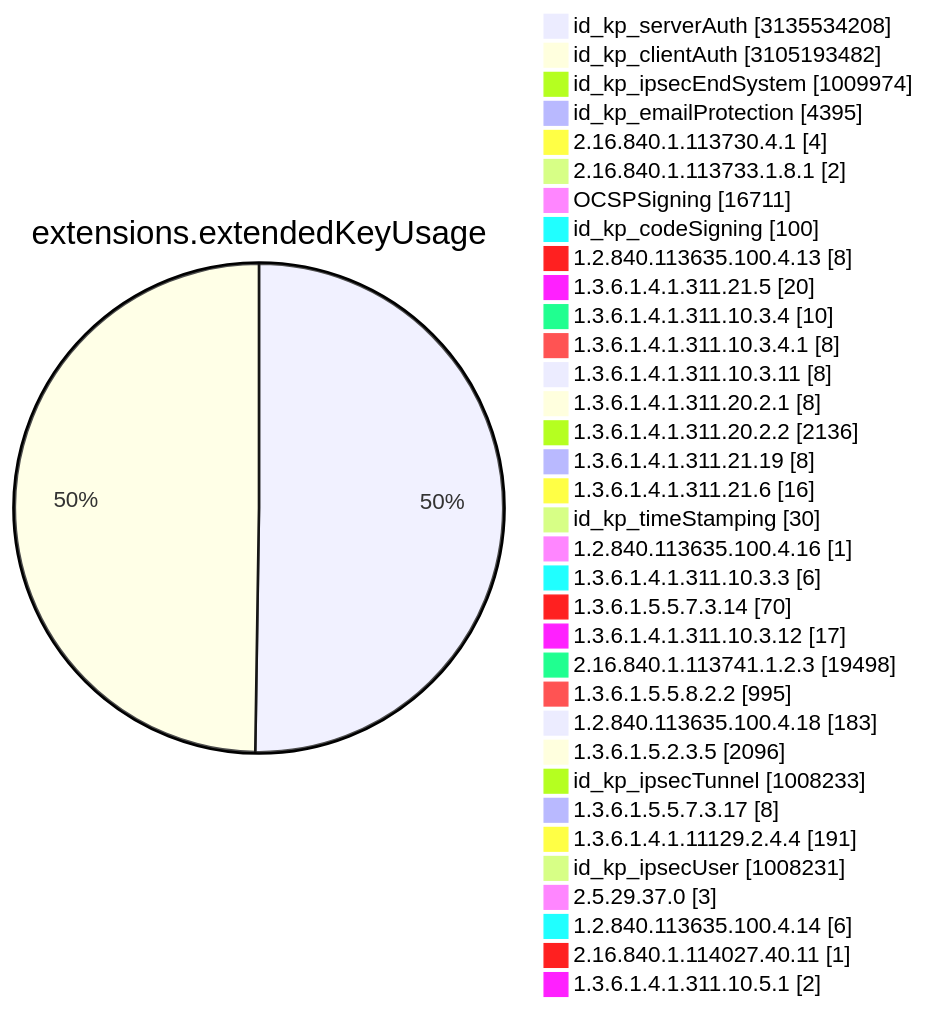
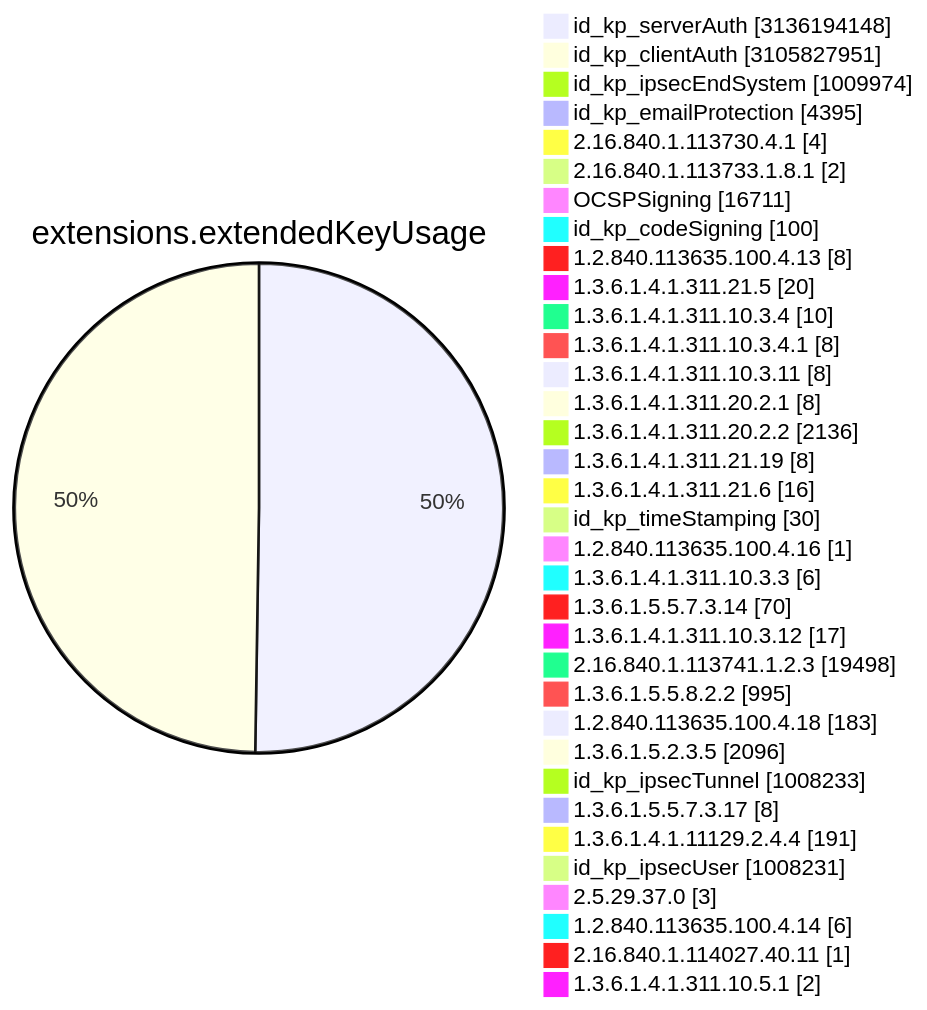
One commit to christiankrug/ctmonitor_visualization changed diagram 11 of 15 in TOTAL/README.md. Above: the diagram before and after it, drawn with Mermaid. The commit also changed other lines of this file, not shown here.

````diff
--- a/TOTAL/README.md
+++ b/TOTAL/README.md
@@ -4119,38 +4119,38 @@
 ```mermaid
 pie showData
 title extensions.extendedKeyUsage
-"id_kp_serverAuth" :3135534208
-"id_kp_clientAuth" :3105193482
+"id_kp_serverAuth" :3136194148
+"id_kp_clientAuth" :3105827951
 "id_kp_ipsecEndSystem" :1009974
 "id_kp_emailProtection" :4395
 "2.16.840.1.113730.4.1" :4
 "2.16.840.1.113733.1.8.1" :2
 "OCSPSigning" :16711
 "id_kp_codeSigning" :100
 "1.2.840.113635.100.4.13" :8
 "1.3.6.1.4.1.311.21.5" :20
 "1.3.6.1.4.1.311.10.3.4" :10
 "1.3.6.1.4.1.311.10.3.4.1" :8
 "1.3.6.1.4.1.311.10.3.11" :8
 "1.3.6.1.4.1.311.20.2.1" :8
 "1.3.6.1.4.1.311.20.2.2" :2136
 "1.3.6.1.4.1.311.21.19" :8
 "1.3.6.1.4.1.311.21.6" :16
 "id_kp_timeStamping" :30
 "1.2.840.113635.100.4.16" :1
 "1.3.6.1.4.1.311.10.3.3" :6
 "1.3.6.1.5.5.7.3.14" :70
 "1.3.6.1.4.1.311.10.3.12" :17
 "2.16.840.1.113741.1.2.3" :19498
 "1.3.6.1.5.5.8.2.2" :995
 "1.2.840.113635.100.4.18" :183
 "1.3.6.1.5.2.3.5" :2096
 "id_kp_ipsecTunnel" :1008233
 "1.3.6.1.5.5.7.3.17" :8
 "1.3.6.1.4.1.11129.2.4.4" :191
 "id_kp_ipsecUser" :1008231
 "2.5.29.37.0" :3
 "1.2.840.113635.100.4.14" :6
 "2.16.840.1.114027.40.11" :1
 "1.3.6.1.4.1.311.10.5.1" :2
 ```
````
